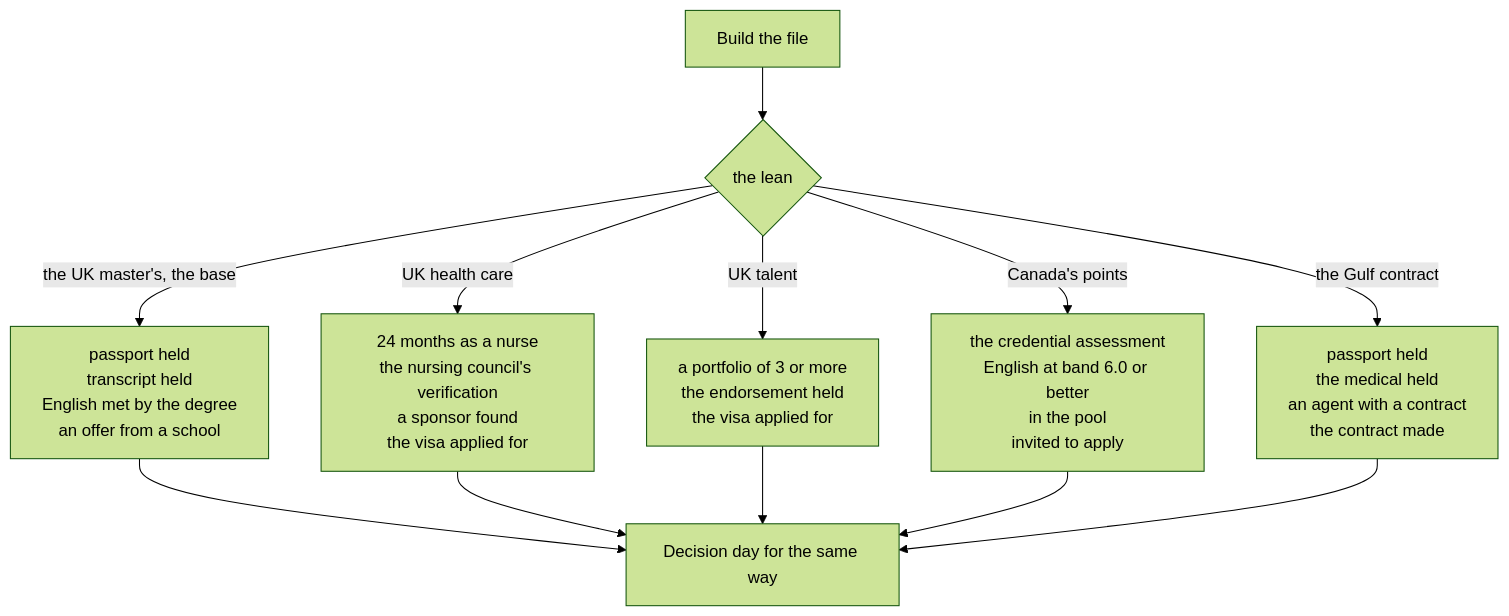
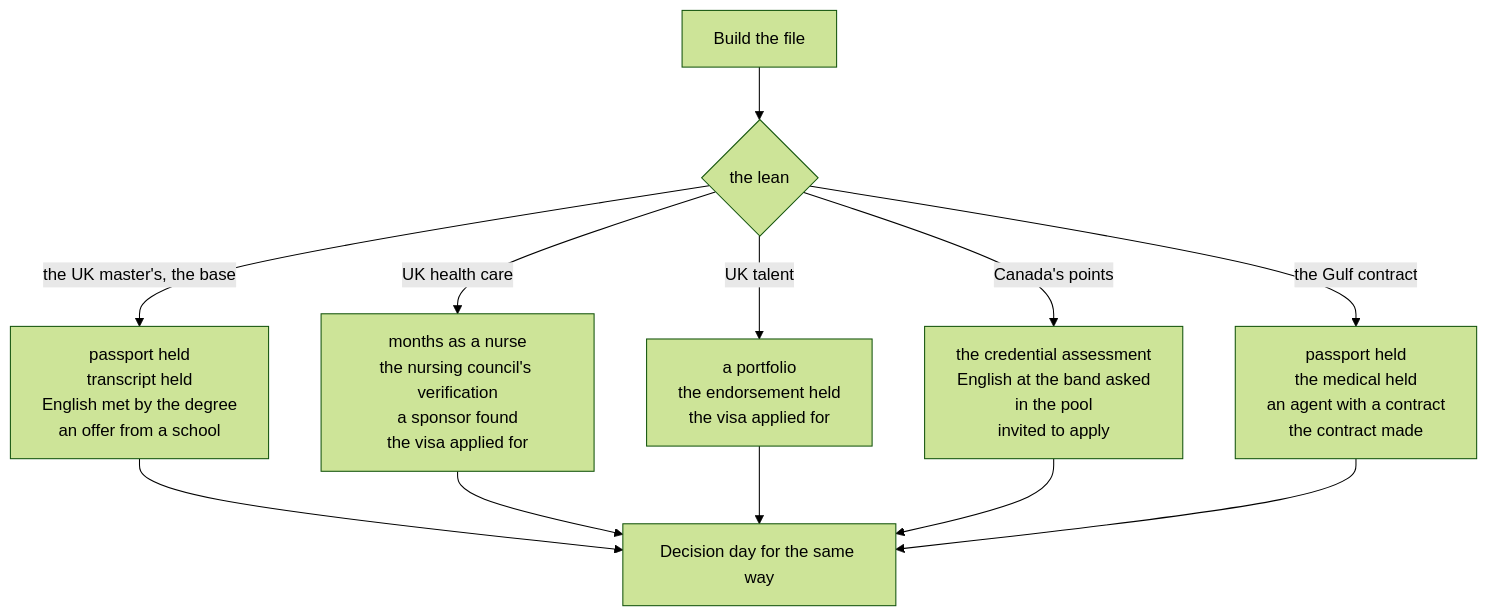
Before and after one commit to buildlab-studio/japacity: the third of 5 diagrams in docs/site/built/chapters.md, drawn with Mermaid (forest theme). The commit also changed other lines of this file and 157 other files, not shown here.

````diff
--- a/docs/site/built/chapters.md
+++ b/docs/site/built/chapters.md
@@ -57,14 +43,14 @@
 ```mermaid
 flowchart TD
   F["Build the file"] --> L{"the lean"}
   L -->|"the UK master's, the base"| MA["passport held<br/>transcript held<br/>English met by the degree<br/>an offer from a school"]
-  L -->|"UK health care"| CA["24 months as a nurse<br/>the nursing council's verification<br/>a sponsor found<br/>the visa applied for"]
-  L -->|"UK talent"| TA["a portfolio of 3 or more<br/>the endorsement held<br/>the visa applied for"]
-  L -->|"Canada's points"| PO["the credential assessment<br/>English at band 6.0 or better<br/>in the pool<br/>invited to apply"]
+  L -->|"UK health care"| CA["months as a nurse<br/>the nursing council's verification<br/>a sponsor found<br/>the visa applied for"]
+  L -->|"UK talent"| TA["a portfolio<br/>the endorsement held<br/>the visa applied for"]
+  L -->|"Canada's points"| PO["the credential assessment<br/>English at the band asked<br/>in the pool<br/>invited to apply"]
   L -->|"the Gulf contract"| GU["passport held<br/>the medical held<br/>an agent with a contract<br/>the contract made"]
   MA --> D["Decision day for the same way"]
   CA --> D
   TA --> D
   PO --> D
   GU --> D
 ```
````
